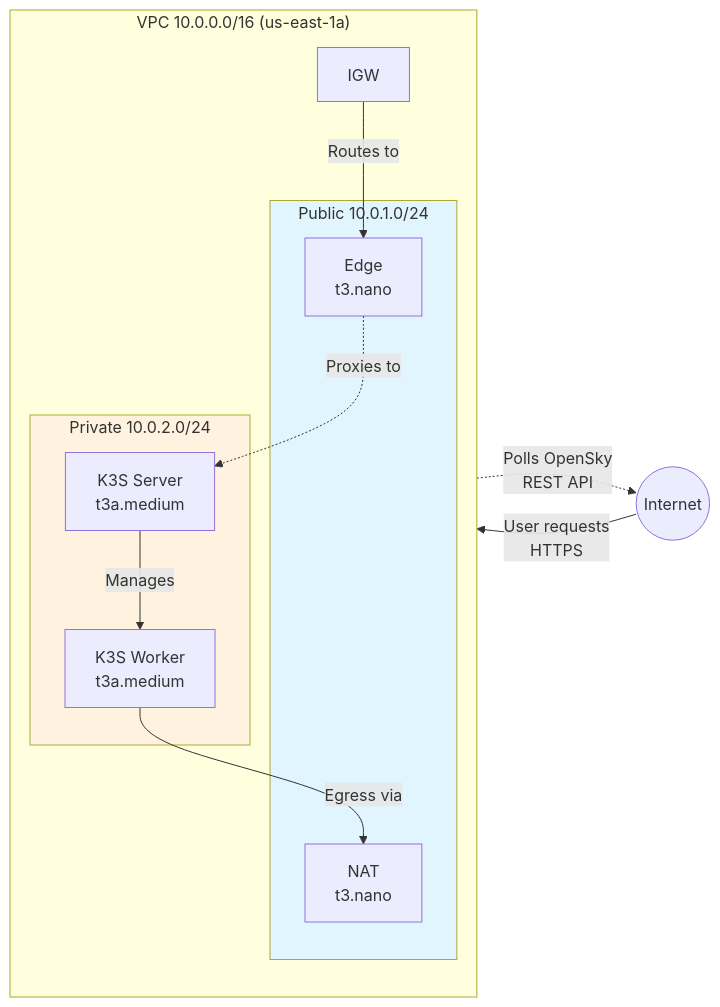
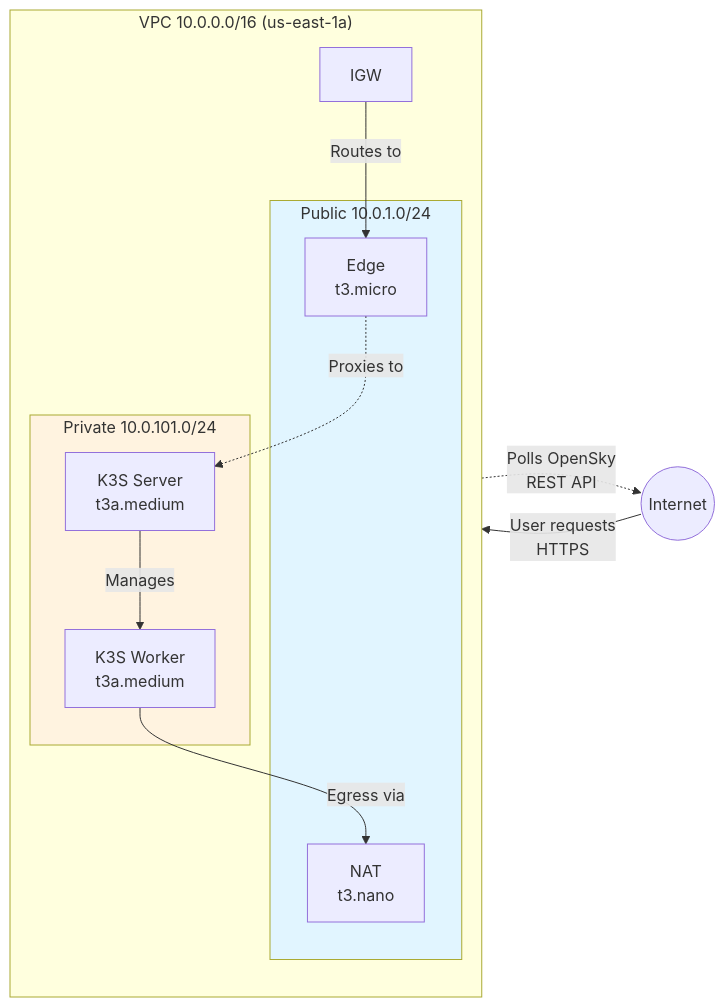
Before and after one commit to ClementV78/CloudRadar: the second of 10 diagrams in docs/architecture/technical-architecture-summary.md, drawn with Mermaid. The commit also changed other lines of this file and 1 other file, not shown here.

First line of the commit message:
docs(architecture): align technical architecture docs

````diff
--- a/docs/architecture/technical-architecture-summary.md
+++ b/docs/architecture/technical-architecture-summary.md
@@ -99,29 +99,29 @@
 ```mermaid
 graph LR
     INTERNET((Internet))
     
     subgraph VPC["VPC 10.0.0.0/16 (us-east-1a)"]
         IGW[IGW]
         
         direction TB
         subgraph Public["Public 10.0.1.0/24"]
-            EDGE[Edge<br/>t3.nano]
+            EDGE[Edge<br/>t3.micro]
             NAT[NAT<br/>t3.nano]
         end
-        
-        subgraph Private["Private 10.0.2.0/24"]
+
+        subgraph Private["Private 10.0.101.0/24"]
             K3S_S[K3S Server<br/>t3a.medium]
             K3S_W[K3S Worker<br/>t3a.medium]
         end
     end
     
     INTERNET -->|User requests<br/>HTTPS| IGW
     IGW -->|Routes to| EDGE
     EDGE -.->|Proxies to| K3S_S
     K3S_S -->|Manages| K3S_W
     K3S_W -->|Egress via| NAT
     NAT -.->|Polls OpenSky<br/>REST API| INTERNET
 
     style Public fill:#e1f5ff
     style Private fill:#fff3e0
 ```
````
